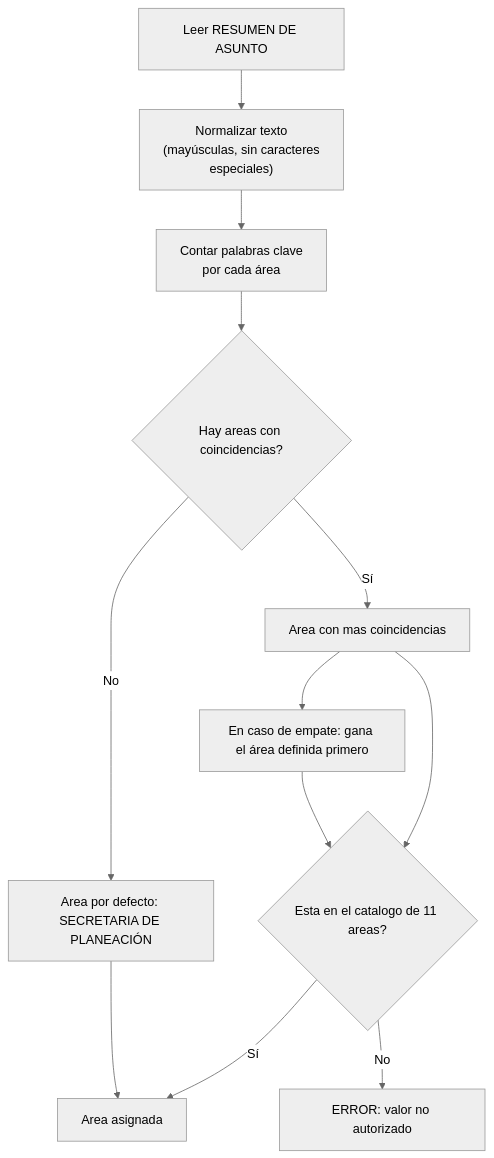
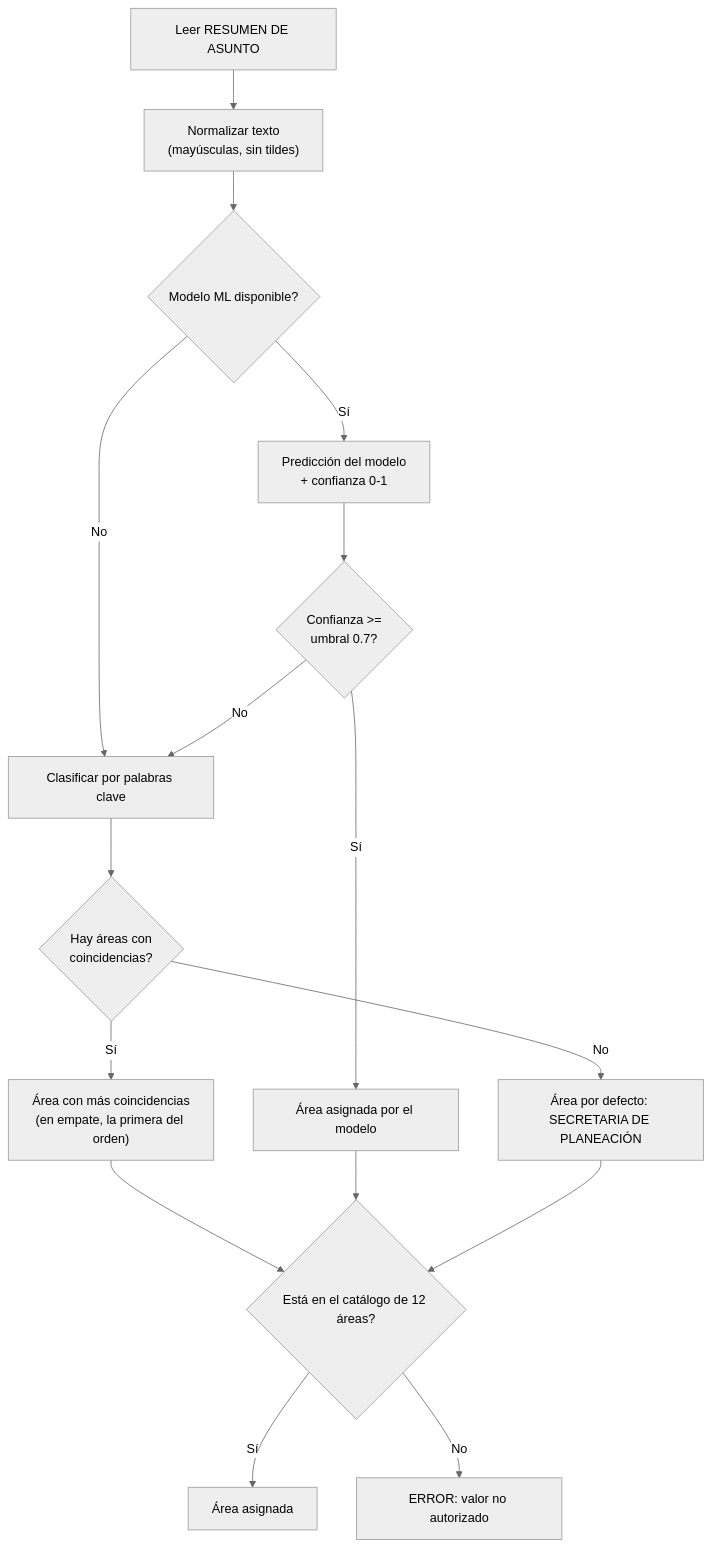
One commit to Alcaldia-de-Yondo/automatizacion-pqrs changed the second of 5 diagrams in docs/diagramas.md. Above: the diagram before and after it, drawn with Mermaid (neutral theme). The commit also changed other lines of this file and 18 other files, not shown here.

````diff
--- a/docs/diagramas.md
+++ b/docs/diagramas.md
@@ -30,14 +30,18 @@
 ```mermaid
 flowchart TD
-    A["Leer RESUMEN DE ASUNTO"] --> B["Normalizar texto<br/>(mayúsculas, sin caracteres<br/>especiales)"]
-    B --> C["Contar palabras clave<br/>por cada área"]
-    C --> D{"Hay areas con coincidencias?"}
-    D -- Sí --> E["Area con mas coincidencias"]
-    D -- No --> K["Area por defecto: SECRETARIA DE PLANEACIÓN"]
-    E --> H{"Esta en el catalogo de 11 areas?"}
-    H -- Sí --> I["Area asignada"]
-    H -- No --> J["ERROR: valor no autorizado"]
-    K --> I
-    E --> L["En caso de empate: gana el área definida primero"]
-    L --> H
+    A["Leer RESUMEN DE ASUNTO"] --> B["Normalizar texto<br/>(mayúsculas, sin tildes)"]
+    B --> C{"Modelo ML disponible?"}
+    C -- No --> G["Clasificar por palabras clave"]
+    C -- Sí --> D["Predicción del modelo<br/>+ confianza 0-1"]
+    D --> E{"Confianza >=<br/>umbral 0.7?"}
+    E -- Sí --> I["Área asignada por el modelo"]
+    E -- No --> G
+    G --> H{"Hay áreas con<br/>coincidencias?"}
+    H -- Sí --> J["Área con más coincidencias<br/>(en empate, la primera del orden)"]
+    H -- No --> K["Área por defecto: SECRETARIA DE PLANEACIÓN"]
+    J --> L{"Está en el catálogo de 12 áreas?"}
+    I --> L
+    K --> L
+    L -- Sí --> M["Área asignada"]
+    L -- No --> N["ERROR: valor no autorizado"]
 ```
````
